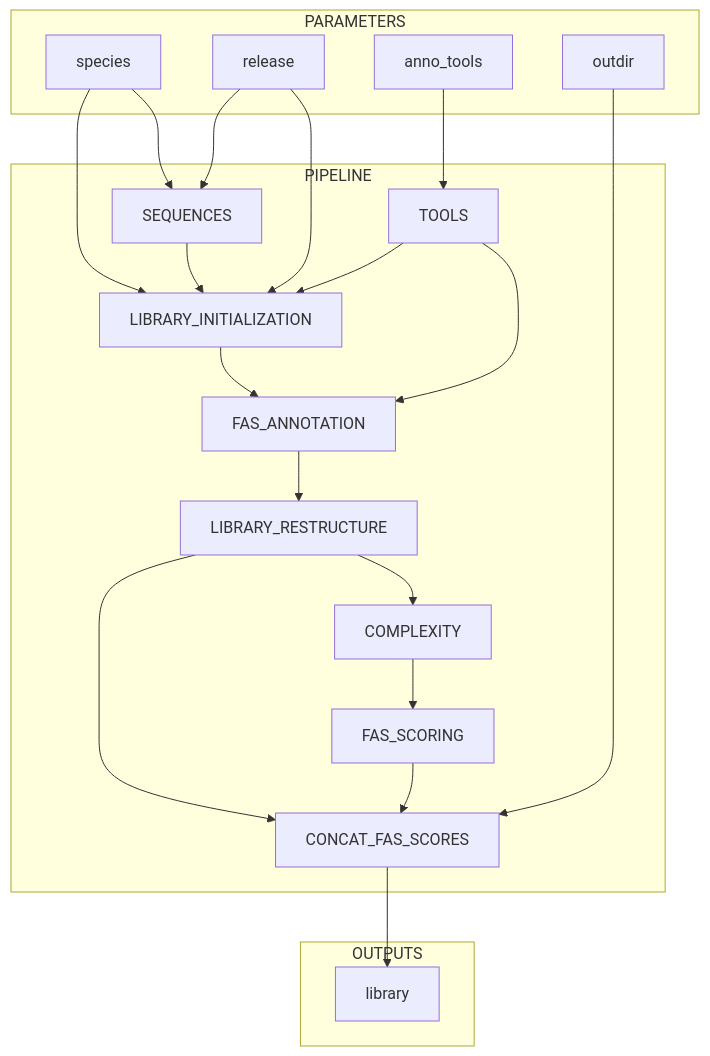
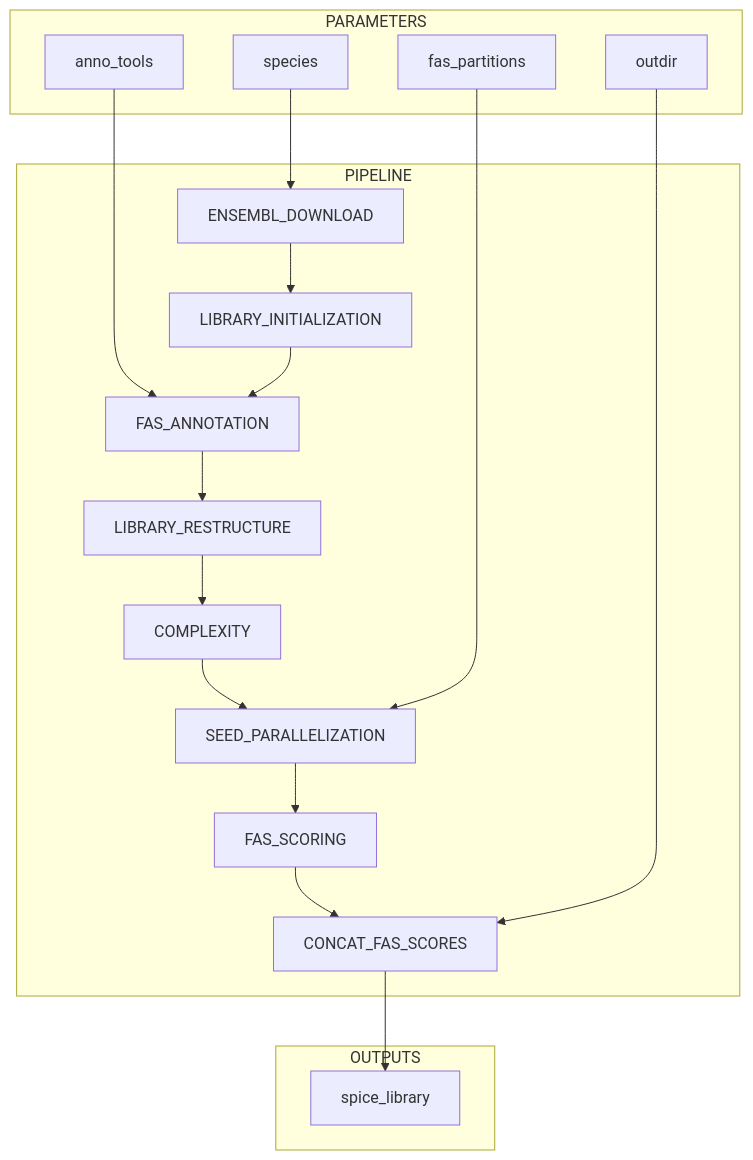
One commit to felixhaidle/spice-nf changed the diagram in README.md. Above: the diagram before and after it, drawn with Mermaid. The commit also changed other lines of this file and 15 other files, not shown here.

Commit message:
fixed protein pariinng calculations, added taxonomy id parameter, added parameter to exclude genes from fas scoring

````diff
--- a/README.md
+++ b/README.md
@@ -13,57 +13,61 @@
 ```mermaid
 flowchart TB
     %% Parameters %%
     subgraph PARAMETERS
     species[species]
-    release[release]
     anno_tools[anno_tools]
+    fas_partitions[fas_partitions]
     outdir[outdir]
 
 
 
     end
 
     %% Processes %%
     subgraph PIPELINE
-        SEQUENCES[SEQUENCES]
-        TOOLS[TOOLS]
+        SEQUENCES[ENSEMBL_DOWNLOAD]
         LIBRARY_INITIALIZATION[LIBRARY_INITIALIZATION]
         FAS_ANNOTATION[FAS_ANNOTATION]
         LIBRARY_RESTRUCTURE[LIBRARY_RESTRUCTURE]
         FAS_SCORING[FAS_SCORING]
         CONCAT_FAS_SCORES[CONCAT_FAS_SCORES]
         COMPLEXITY[COMPLEXITY]
+        SEED_PARALLELIZATION[SEED_PARALLELIZATION]
     end
 
     %% Outputs %%
     subgraph OUTPUTS
-        library[library]
+        library[spice_library]
     end
 
     %% Connections %%
     species --> SEQUENCES
     SEQUENCES --> LIBRARY_INITIALIZATION
 
-    species --> LIBRARY_INITIALIZATION
-    release --> LIBRARY_INITIALIZATION
-    release --> SEQUENCES
 
-    anno_tools --> TOOLS
 
-    TOOLS --> FAS_ANNOTATION
-    TOOLS --> LIBRARY_INITIALIZATION
+    anno_tools --> FAS_ANNOTATION
+
+
 
     LIBRARY_INITIALIZATION --> FAS_ANNOTATION
+
+
+
+
     FAS_ANNOTATION --> LIBRARY_RESTRUCTURE
 
     LIBRARY_RESTRUCTURE --> COMPLEXITY
-    LIBRARY_RESTRUCTURE --> CONCAT_FAS_SCORES
 
 
-    COMPLEXITY --> FAS_SCORING
+    COMPLEXITY --> SEED_PARALLELIZATION
+
+    fas_partitions --> SEED_PARALLELIZATION
+
+    SEED_PARALLELIZATION --> FAS_SCORING
 
     FAS_SCORING --> CONCAT_FAS_SCORES
     outdir --> CONCAT_FAS_SCORES
 
     CONCAT_FAS_SCORES --> library
 ```
````
